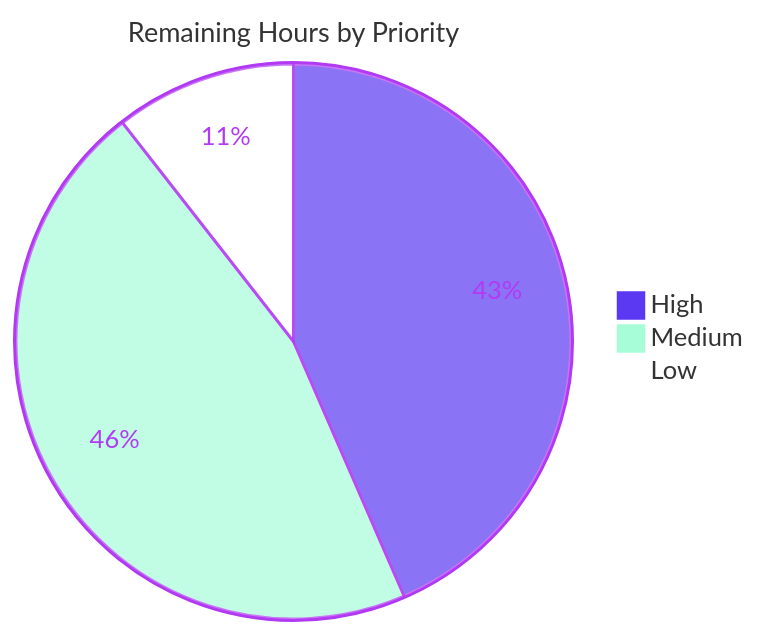
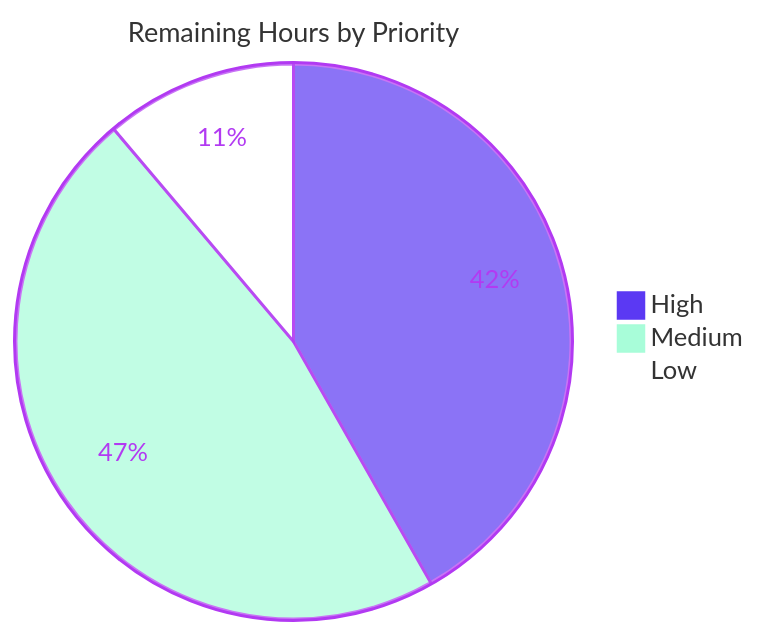
The third of 4 diagrams in blitzy/documentation/Project Guide.md (blitzy-public-samples/slatwall-coldfusion), drawn with Mermaid before and after one commit. The commit also changed other lines of this file, not shown here.

````diff
--- a/blitzy/documentation/Project Guide.md
+++ b/blitzy/documentation/Project Guide.md
@@ -263,7 +271,7 @@
 ```mermaid
 %%{init: {"theme":"base","themeVariables":{"pie1":"#5B39F3","pie2":"#A8FDD9","pie3":"#FFFFFF","pieStrokeColor":"#B23AF2","pieOuterStrokeColor":"#B23AF2","pieSectionTextColor":"#B23AF2","pieTitleTextSize":"18px"}}}%%
 pie title Remaining Hours by Priority
-    "High" : 70
-    "Medium" : 74
-    "Low" : 17
+    "High" : 71
+    "Medium" : 80
+    "Low" : 19
 ```
````
